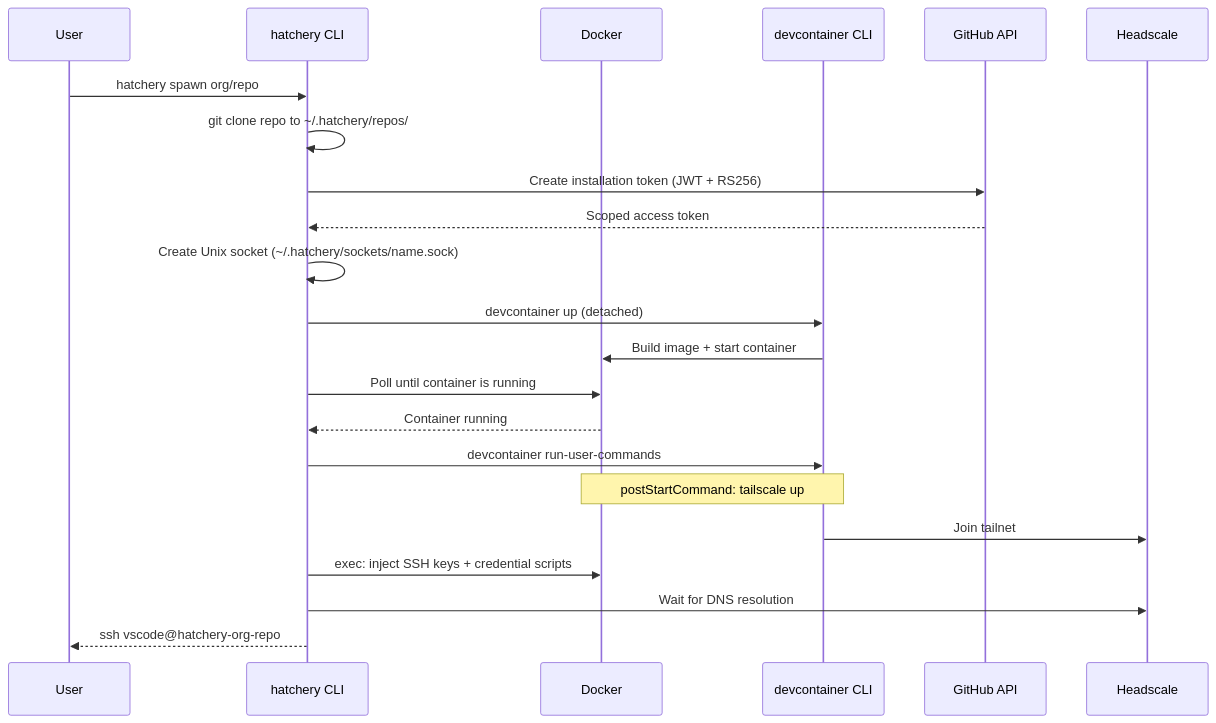
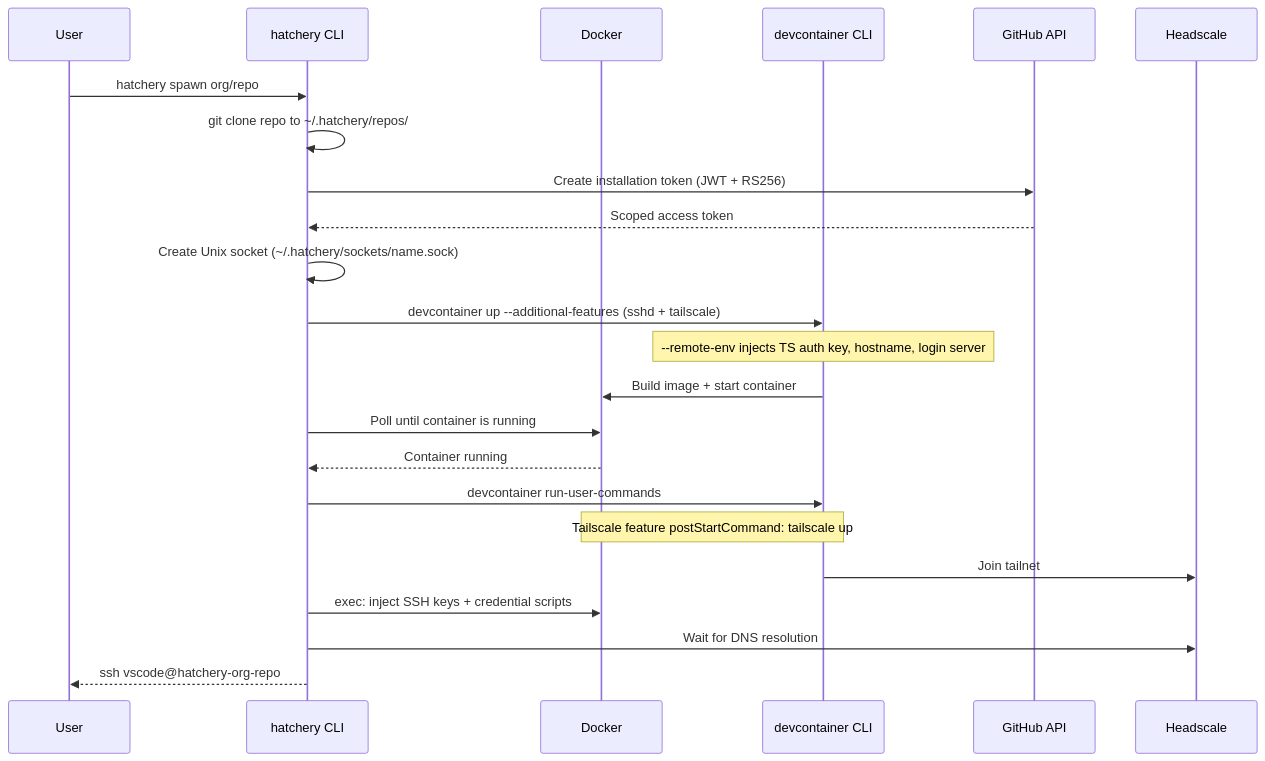
Before and after one commit to levino/hatchery: the first of 3 diagrams in README.md, drawn with Mermaid. The commit also changed other lines of this file and 3 other files, not shown here.

First line of the commit message:
Inject sshd + tailscale via --additional-features

````diff
--- a/README.md
+++ b/README.md
@@ -16,25 +16,26 @@
 ```mermaid
 sequenceDiagram
     participant User
     participant Hatchery as hatchery CLI
     participant Docker
     participant DC as devcontainer CLI
     participant GH as GitHub API
     participant HS as Headscale
 
     User->>Hatchery: hatchery spawn org/repo
     Hatchery->>Hatchery: git clone repo to ~/.hatchery/repos/
     Hatchery->>GH: Create installation token (JWT + RS256)
     GH-->>Hatchery: Scoped access token
     Hatchery->>Hatchery: Create Unix socket (~/.hatchery/sockets/name.sock)
-    Hatchery->>DC: devcontainer up (detached)
+    Hatchery->>DC: devcontainer up --additional-features (sshd + tailscale)
+    Note over DC: --remote-env injects TS auth key, hostname, login server
     DC->>Docker: Build image + start container
     Hatchery->>Docker: Poll until container is running
     Docker-->>Hatchery: Container running
     Hatchery->>DC: devcontainer run-user-commands
-    Note over DC,Docker: postStartCommand: tailscale up
+    Note over DC,Docker: Tailscale feature postStartCommand: tailscale up
     DC->>HS: Join tailnet
     Hatchery->>Docker: exec: inject SSH keys + credential scripts
     Hatchery->>HS: Wait for DNS resolution
     Hatchery-->>User: ssh vscode@hatchery-org-repo
 ```
````
